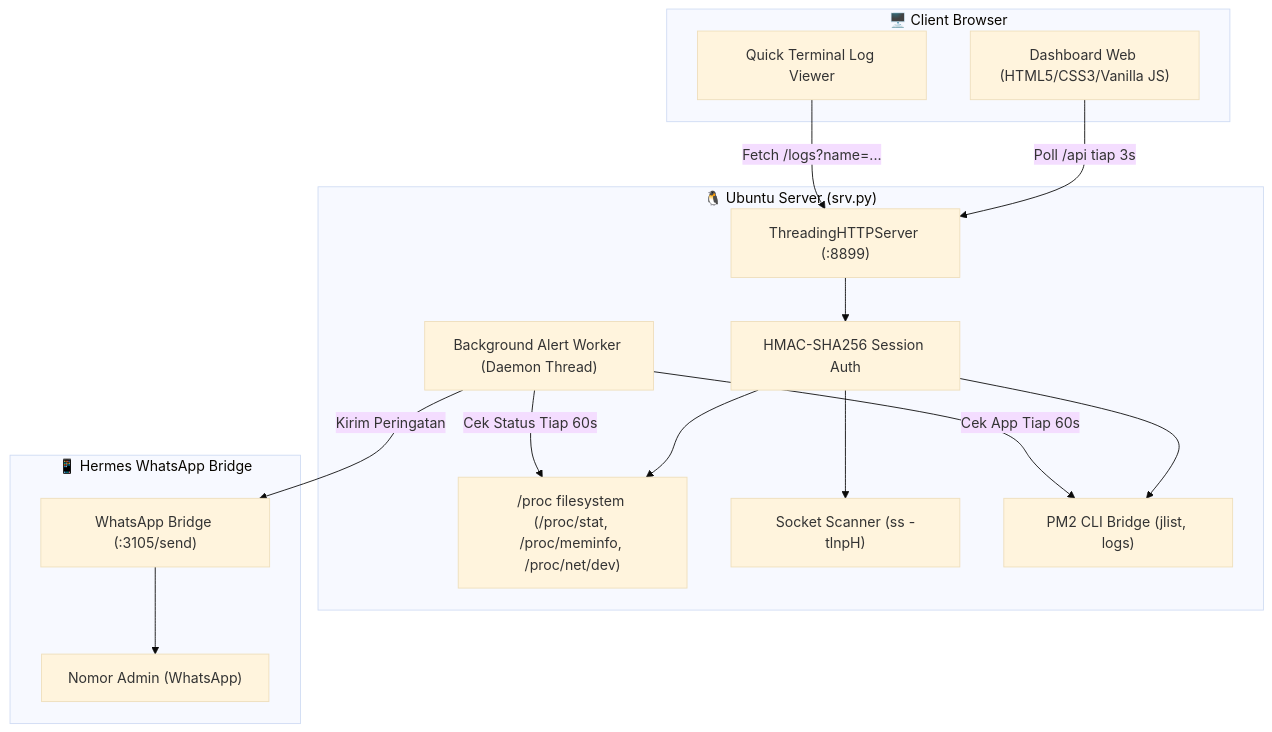
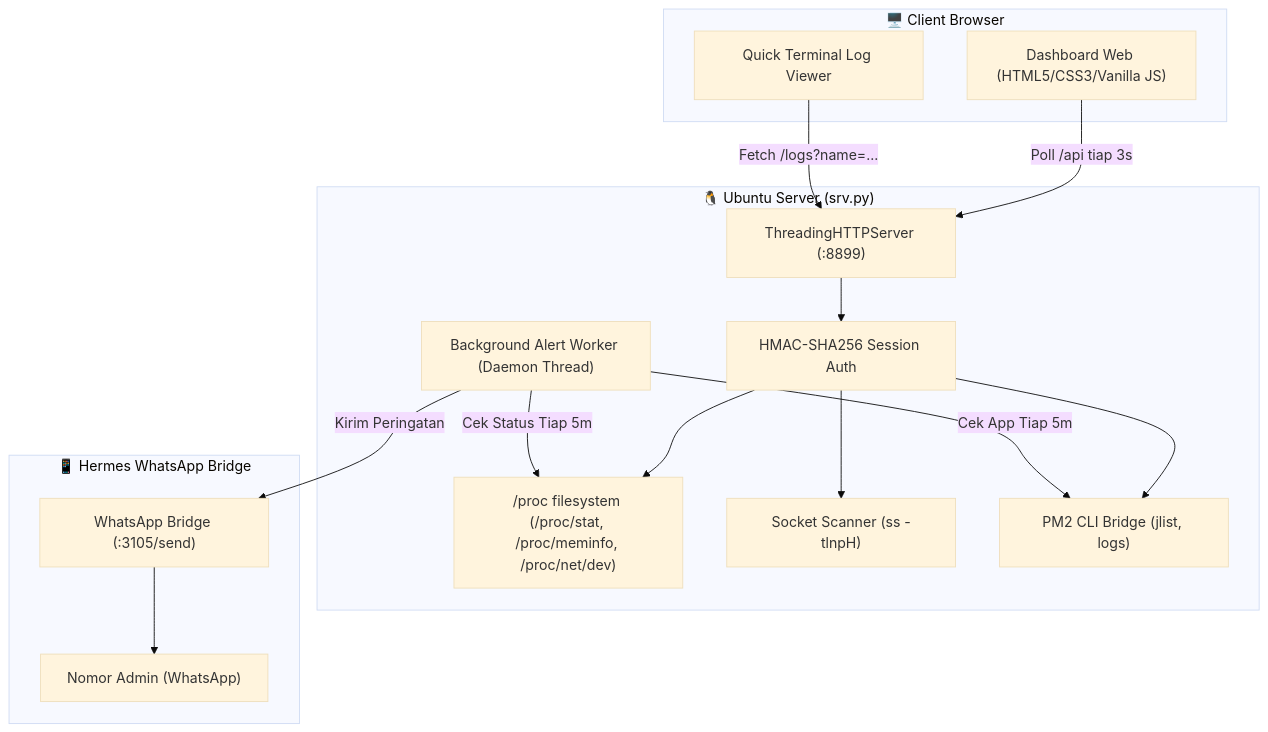
Before and after one commit to azisfata/monitor-ubuntu: the diagram in README.md, drawn with Mermaid (base theme). The commit also changed other lines of this file and 1 other file, not shown here.

Commit message:
perf: set background alert check interval to 5 minutes and cooldown to 1 hour

````diff
--- a/README.md
+++ b/README.md
@@ -90,32 +90,32 @@
 ```mermaid
 flowchart TD
     subgraph Browser["🖥️ Client Browser"]
         UI["Dashboard Web (HTML5/CSS3/Vanilla JS)"]
         MODAL["Quick Terminal Log Viewer"]
     end
 
     subgraph Server["🐧 Ubuntu Server (srv.py)"]
         HTTP["ThreadingHTTPServer (:8899)"]
         AUTH["HMAC-SHA256 Session Auth"]
         PROC["/proc filesystem (/proc/stat, /proc/meminfo, /proc/net/dev)"]
         SS["Socket Scanner (ss -tlnpH)"]
         PM2["PM2 CLI Bridge (jlist, logs)"]
         ALERT["Background Alert Worker (Daemon Thread)"]
     end
 
     subgraph WA["📱 Hermes WhatsApp Bridge"]
         BRIDGE["WhatsApp Bridge (:3105/send)"]
         ADMIN["Nomor Admin (WhatsApp)"]
     end
 
     UI -->|Poll /api tiap 3s| HTTP
     MODAL -->|Fetch /logs?name=...| HTTP
     HTTP --> AUTH
     AUTH --> PROC
     AUTH --> SS
     AUTH --> PM2
-    ALERT -->|Cek Status Tiap 60s| PROC
-    ALERT -->|Cek App Tiap 60s| PM2
+    ALERT -->|Cek Status Tiap 5m| PROC
+    ALERT -->|Cek App Tiap 5m| PM2
     ALERT -->|Kirim Peringatan| BRIDGE
     BRIDGE --> ADMIN
 ```
````
